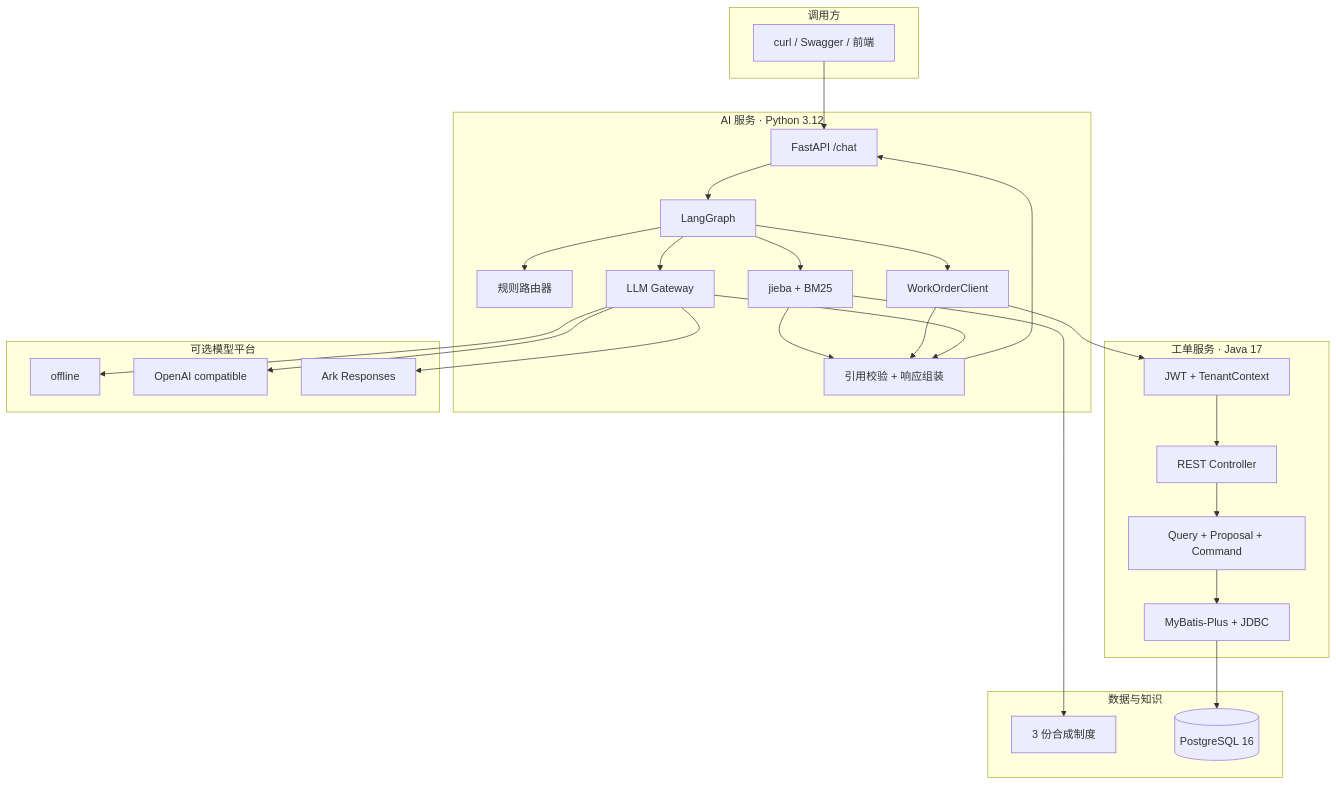
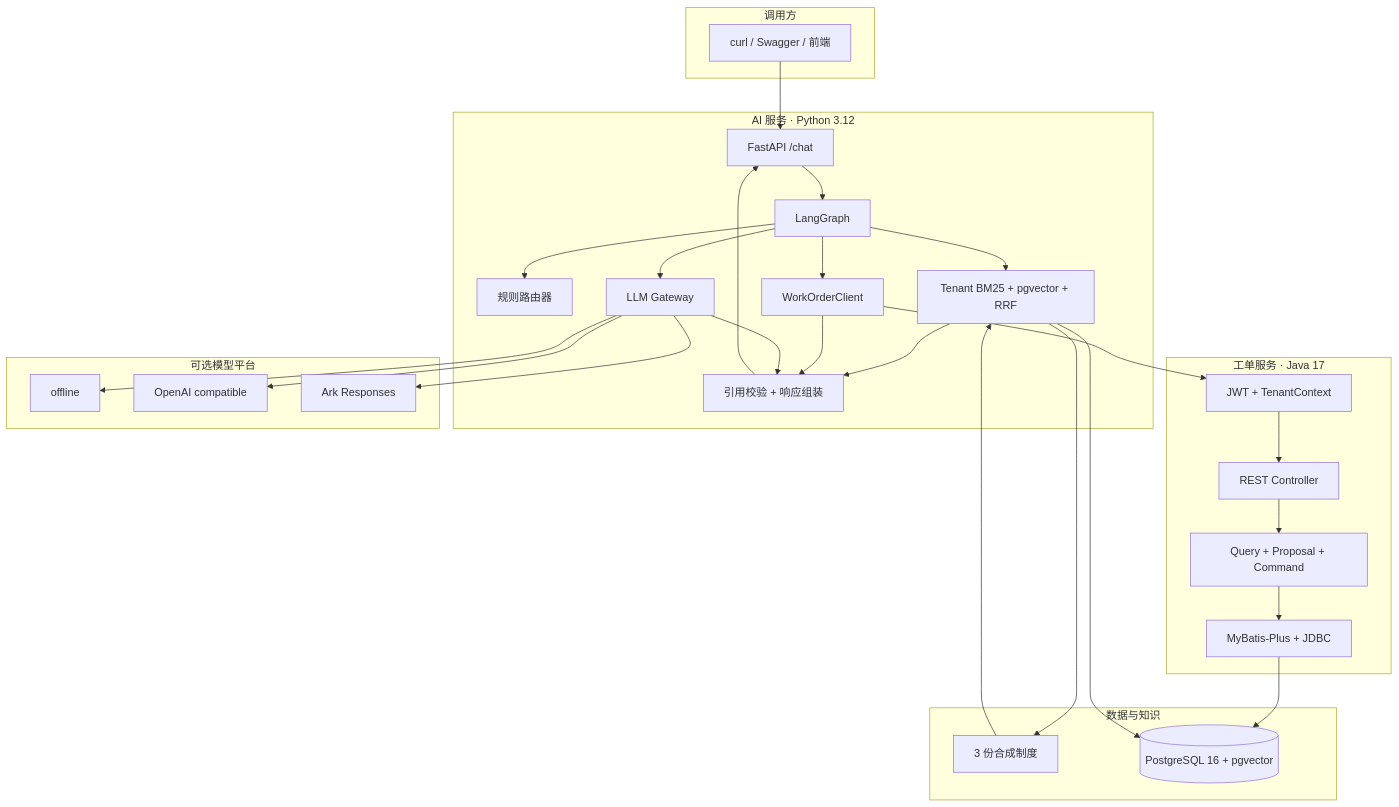
Before and after one commit to tang119238/enterprise-work-order-ai-assistant: the first of 3 diagrams in docs/architecture.md, drawn with Mermaid. The commit also changed other lines of this file and 36 other files, not shown here.

````diff
--- a/docs/architecture.md
+++ b/docs/architecture.md
@@ -40,46 +40,48 @@
 ```mermaid
 flowchart TB
     subgraph Client["调用方"]
         C1["curl / Swagger / 前端"]
     end
 
     subgraph AI["AI 服务 · Python 3.12"]
         API["FastAPI /chat"]
         GRAPH["LangGraph"]
         ROUTER["规则路由器"]
-        RETRIEVER["jieba + BM25"]
+        RETRIEVER["Tenant BM25 + pgvector + RRF"]
         TOOL["WorkOrderClient"]
         GATEWAY["LLM Gateway"]
         VALIDATOR["引用校验 + 响应组装"]
     end
 
     subgraph Java["工单服务 · Java 17"]
         SECURITY["JWT + TenantContext"]
         CONTROLLER["REST Controller"]
         SERVICE["Query + Proposal + Command"]
         MAPPER["MyBatis-Plus + JDBC"]
     end
 
     subgraph Data["数据与知识"]
         POLICY["3 份合成制度"]
-        DB[("PostgreSQL 16")]
+        DB[("PostgreSQL 16 + pgvector")]
     end
 
     subgraph Providers["可选模型平台"]
         OFFLINE["offline"]
         COMPAT["OpenAI compatible"]
         ARK["Ark Responses"]
     end
 
     C1 --> API --> GRAPH
     GRAPH --> ROUTER
     GRAPH --> RETRIEVER --> POLICY
     GRAPH --> TOOL --> SECURITY --> CONTROLLER --> SERVICE --> MAPPER --> DB
     GRAPH --> GATEWAY
     GATEWAY --> OFFLINE
     GATEWAY --> COMPAT
     GATEWAY --> ARK
+    POLICY --> RETRIEVER
+    RETRIEVER --> DB
     RETRIEVER --> VALIDATOR
     TOOL --> VALIDATOR
     GATEWAY --> VALIDATOR --> API
 ```
````
